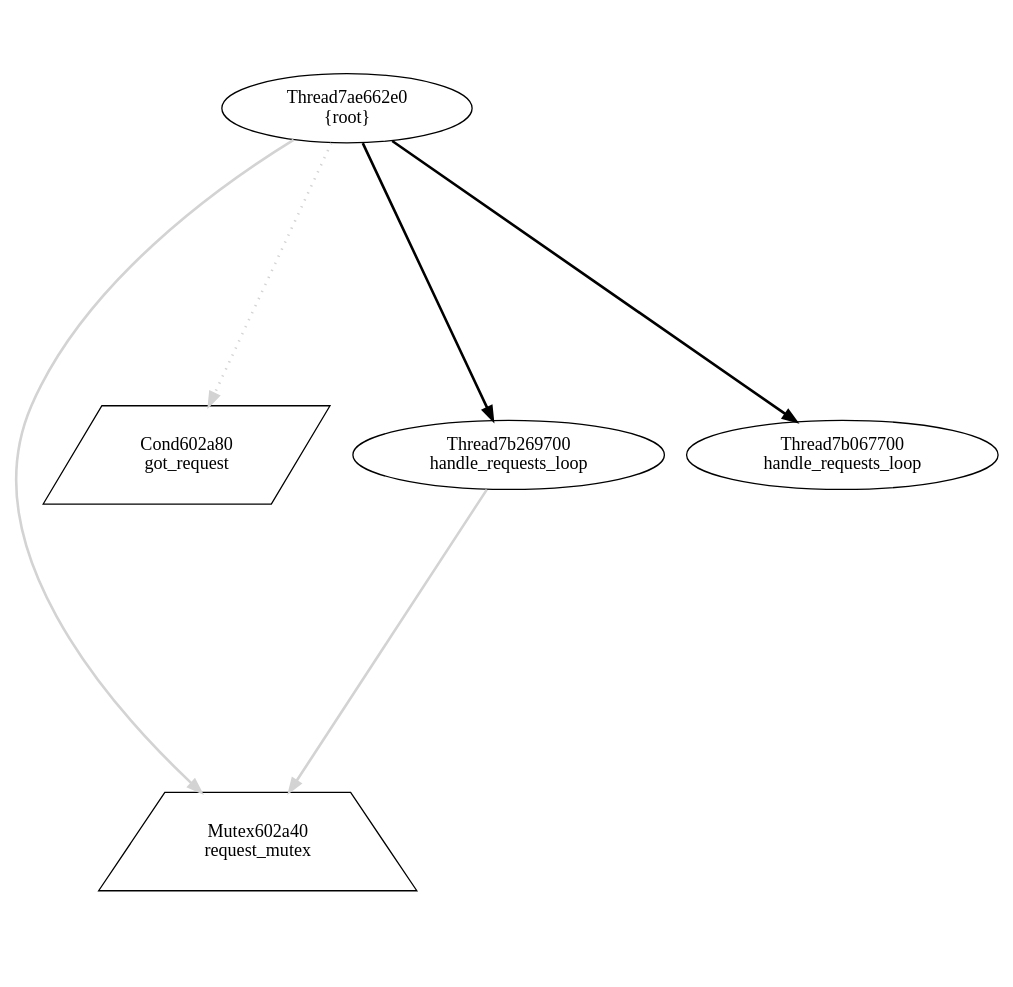
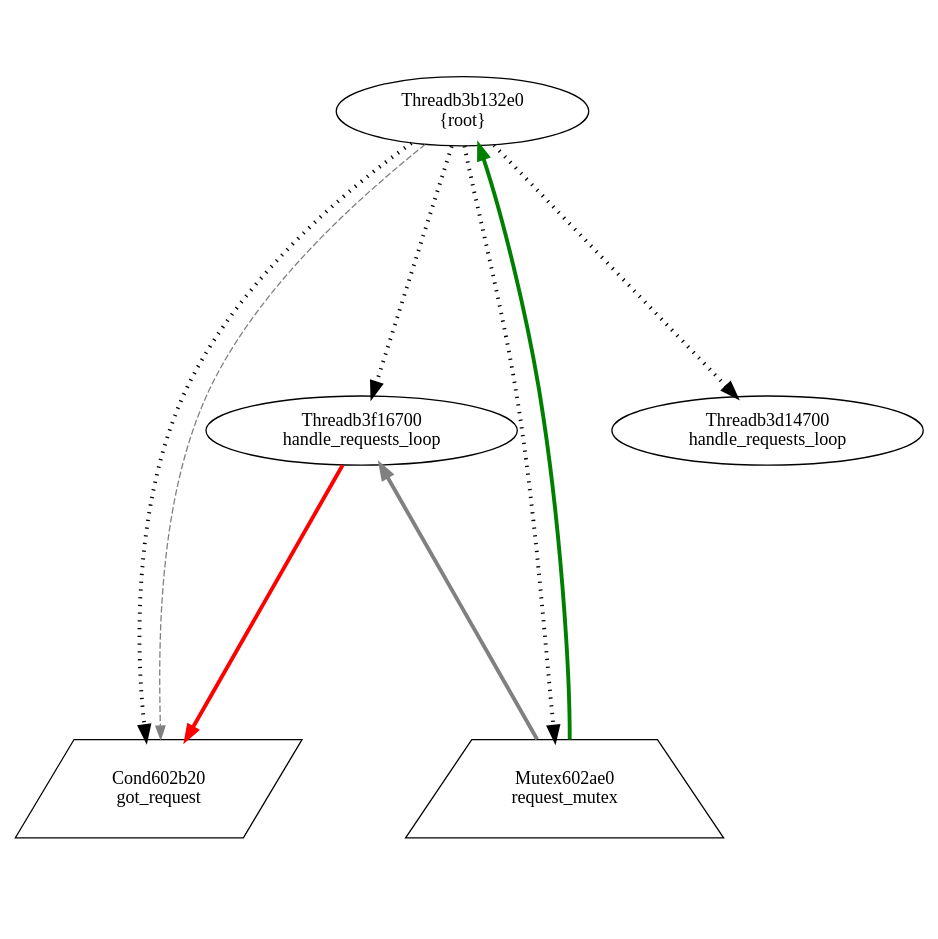
The diagram in view/dot/graph017.dot (v4o6/cs410), drawn with Graphviz before and after one commit. The commit also changed 109 other files, not shown here.

```diff
--- a/view/dot/graph017.dot
+++ b/view/dot/graph017.dot
@@ -1,13 +1,16 @@
 digraph G {
 graph[center=true, ratio=1];
-Mutex602a40 [shape=trapezium,color=black,label="Mutex602a40\nrequest_mutex"];
-Cond602a80 [shape=parallelogram,color=black,label="Cond602a80\ngot_request"];
-Thread7ae662e0 [color=black,label="Thread7ae662e0\n{root}"];
-Thread7ae662e0 -> Mutex602a40 [arrowhead=normal,color=lightgray,penwidth=2];
-Thread7ae662e0 -> Cond602a80 [style=dotted,color=lightgray,penwidth=2];
-Thread7ae662e0 -> Thread7b269700 [arrowhead=normal,penwidth=2];
-Thread7ae662e0 -> Thread7b067700 [arrowhead=normal,penwidth=2];
-Thread7b269700 [color=black,label="Thread7b269700\nhandle_requests_loop"];
-Thread7b269700 -> Mutex602a40 [arrowhead=normal,color=lightgray,penwidth=2];
-Thread7b067700 [color=black,label="Thread7b067700\nhandle_requests_loop"];
+Threadb3f16700 [color=black,label="Threadb3f16700\nhandle_requests_loop"];
+Threadb3f16700 -> Cond602b20 [arrowhead=normal,color=red,penwidth=3];
+Threadb3f16700 -> Mutex602ae0 [arrowhead=normal,color=grey,dir=back,penwidth=3];
+Threadb3d14700 [color=black,label="Threadb3d14700\nhandle_requests_loop"];
+Threadb3b132e0 [color=black,label="Threadb3b132e0\n{root}"];
+Threadb3b132e0 -> Mutex602ae0 [style=dotted,arrowhead=normal,penwidth=3];
+Threadb3b132e0 -> Cond602b20 [style=dotted,arrowhead=normal,penwidth=3];
+Threadb3b132e0 -> Threadb3d14700 [style=dotted,arrowhead=normal,penwidth=3];
+Threadb3b132e0 -> Threadb3f16700 [style=dotted,arrowhead=normal,penwidth=3];
+Threadb3b132e0 -> Cond602b20 [style=dashed,color=grey,penwdith=6];
+Threadb3b132e0 -> Mutex602ae0 [arrowhead=normal,color=green,dir=back,penwidth=3];
+Cond602b20 [shape=parallelogram,color=black,label="Cond602b20\ngot_request"];
+Mutex602ae0 [shape=trapezium,color=black,label="Mutex602ae0\nrequest_mutex"];
 }
```
